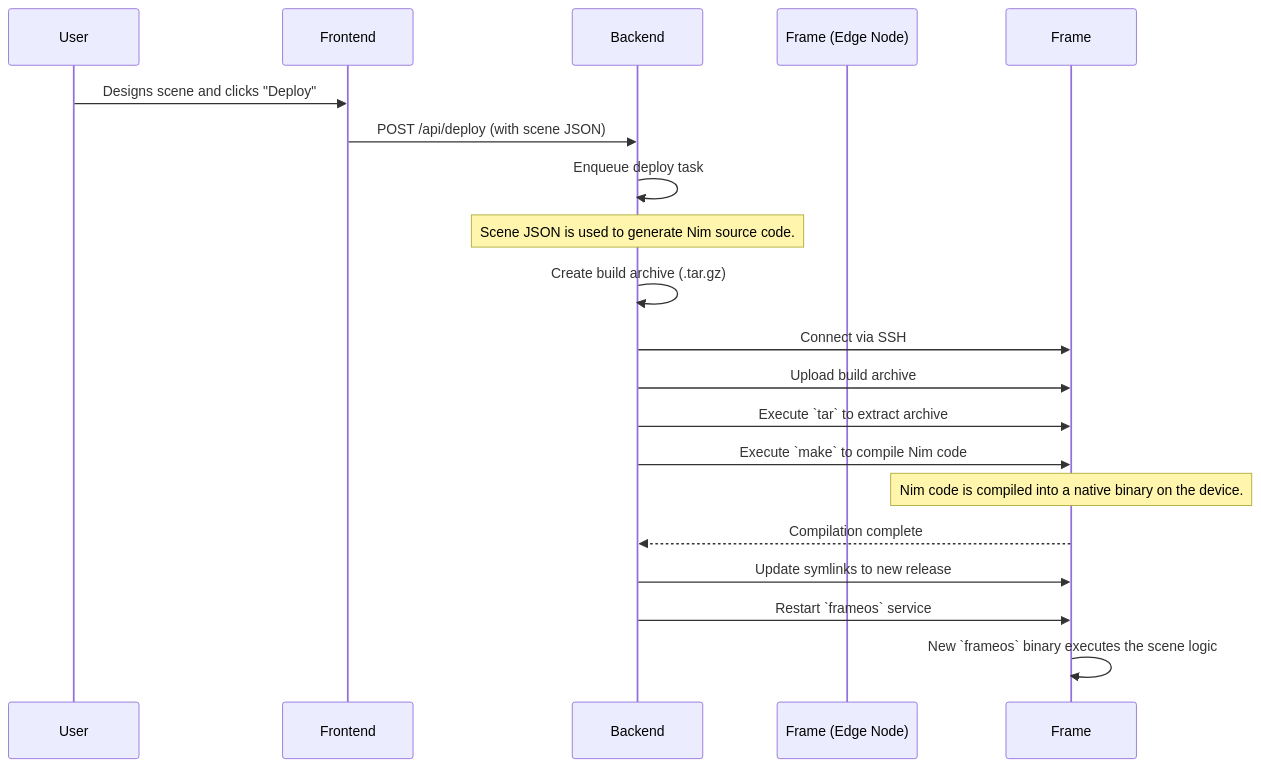
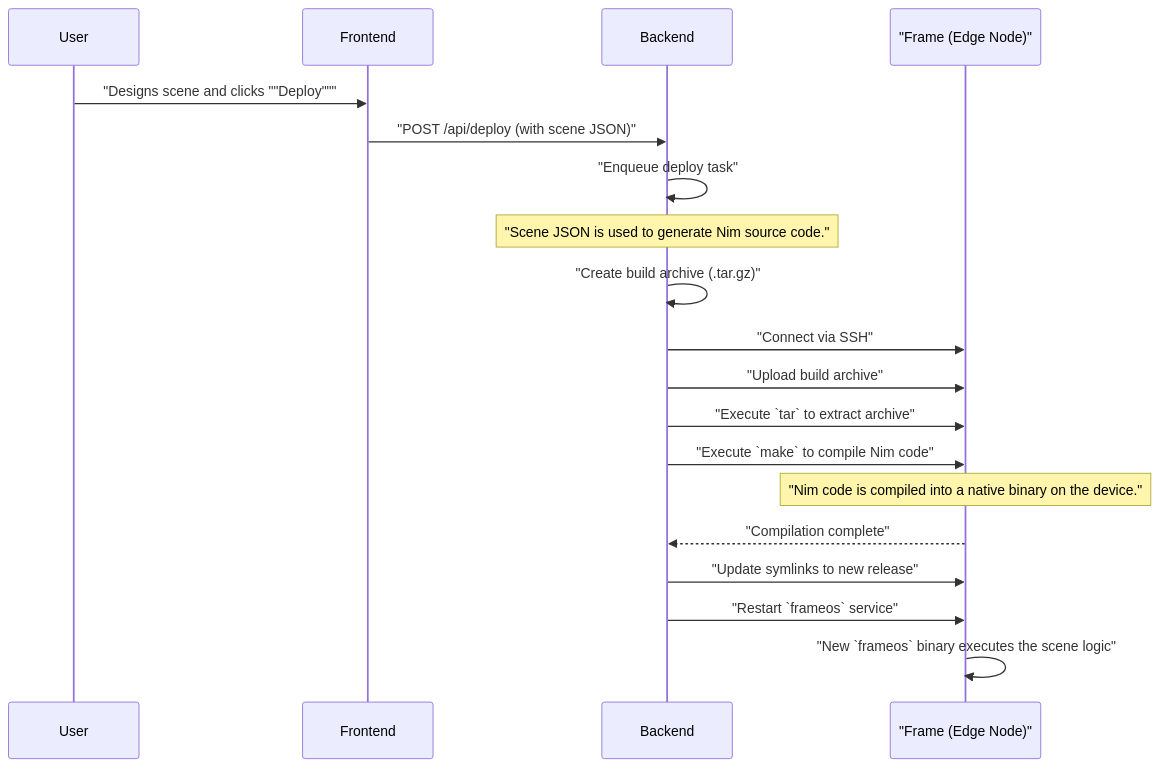
The second of 5 diagrams in ARCHITECTURE.md (deftdawg/frameos), drawn with Mermaid before and after one commit. The commit also changed other lines of this file, not shown here.

First line of the commit message:
fix: Correct mermaid diagram syntax

````diff
--- a/ARCHITECTURE.md
+++ b/ARCHITECTURE.md
@@ -53,22 +53,22 @@
 ```mermaid
 sequenceDiagram
     participant User
     participant Frontend
     participant Backend
-    participant Frame (Edge Node)
+    participant "Frame (Edge Node)"
 
-    User->>Frontend: Designs scene and clicks "Deploy"
-    Frontend->>Backend: POST /api/deploy (with scene JSON)
-    Backend->>Backend: Enqueue deploy task
-    Note over Backend: Scene JSON is used to generate Nim source code.
-    Backend->>Backend: Create build archive (.tar.gz)
-    Backend->>Frame: Connect via SSH
-    Backend->>Frame: Upload build archive
-    Backend->>Frame: Execute `tar` to extract archive
-    Backend->>Frame: Execute `make` to compile Nim code
-    Note over Frame: Nim code is compiled into a native binary on the device.
-    Frame-->>Backend: Compilation complete
-    Backend->>Frame: Update symlinks to new release
-    Backend->>Frame: Restart `frameos` service
-    Frame->>Frame: New `frameos` binary executes the scene logic
+    User->>Frontend: "Designs scene and clicks ""Deploy"""
+    Frontend->>Backend: "POST /api/deploy (with scene JSON)"
+    Backend->>Backend: "Enqueue deploy task"
+    Note over Backend: "Scene JSON is used to generate Nim source code."
+    Backend->>Backend: "Create build archive (.tar.gz)"
+    Backend->>"Frame (Edge Node)": "Connect via SSH"
+    Backend->>"Frame (Edge Node)": "Upload build archive"
+    Backend->>"Frame (Edge Node)": "Execute `tar` to extract archive"
+    Backend->>"Frame (Edge Node)": "Execute `make` to compile Nim code"
+    Note over "Frame (Edge Node)": "Nim code is compiled into a native binary on the device."
+    "Frame (Edge Node)"-->>Backend: "Compilation complete"
+    Backend->>"Frame (Edge Node)": "Update symlinks to new release"
+    Backend->>"Frame (Edge Node)": "Restart `frameos` service"
+    "Frame (Edge Node)"->>"Frame (Edge Node)": "New `frameos` binary executes the scene logic"
 ```
````
